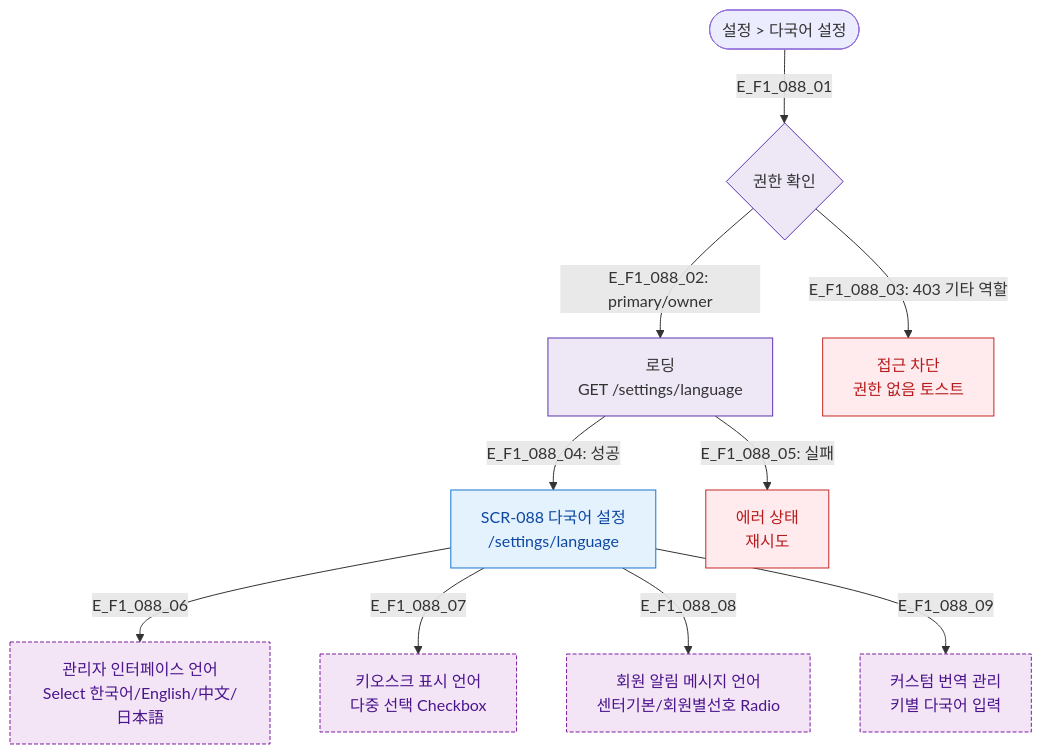
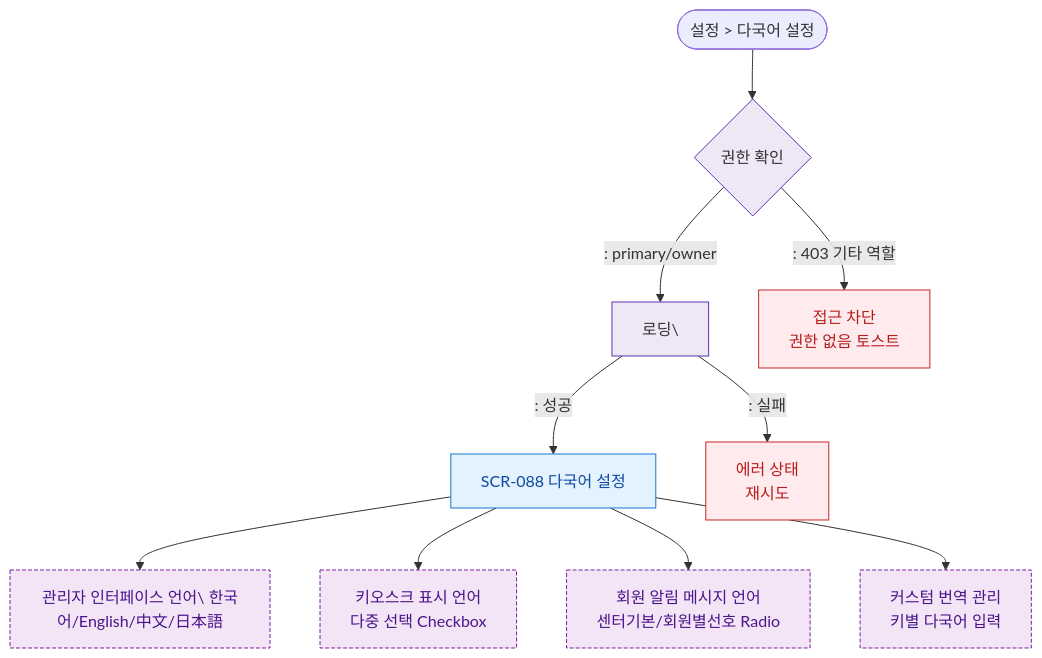
One commit to dev-spogym/admin-pando changed the diagram in docs/다이어그램/D09_설정관리/SCR-088_다국어설정/F1_진입.md. Above: the diagram before and after it, drawn with Mermaid. The commit also changed other lines of this file and 1660 other files, not shown here.

First line of the commit message:
다이어그램: 기획자/클라이언트 납품본으로 정리

````diff
--- a/docs/다이어그램/D09_설정관리/SCR-088_다국어설정/F1_진입.md
+++ b/docs/다이어그램/D09_설정관리/SCR-088_다국어설정/F1_진입.md
@@ -14,23 +12,23 @@
 ```mermaid
 flowchart TD
-    Sidebar([설정 > 다국어 설정]) -->|E_F1_088_01| Auth{권한 확인}
-    Auth -->|"E_F1_088_02: primary/owner"| Loading[로딩\nGET /settings/language]
-    Auth -->|"E_F1_088_03: 403 기타 역할"| Blocked[접근 차단\n권한 없음 토스트]
+    Sidebar([설정 > 다국어 설정]) --> Auth{권한 확인}
+    Auth -->|": primary/owner"|Loading[로딩\]
+    Auth -->|": 403 기타 역할"|Blocked[접근 차단\n권한 없음 토스트]
 
-    Loading -->|"E_F1_088_04: 성공"| SCR088[SCR-088 다국어 설정\n/settings/language]
-    Loading -->|"E_F1_088_05: 실패"| ErrorState[에러 상태\n재시도]
+    Loading -->|": 성공"|SCR088[SCR-088 다국어 설정\n]
+    Loading -->|": 실패"|ErrorState[에러 상태\n재시도]
 
-    SCR088 -->|E_F1_088_06| AdminLang[관리자 인터페이스 언어\nSelect 한국어/English/中文/日本語]
-    SCR088 -->|E_F1_088_07| KioskLang[키오스크 표시 언어\n다중 선택 Checkbox]
-    SCR088 -->|E_F1_088_08| NotifyLang[회원 알림 메시지 언어\n센터기본/회원별선호 Radio]
-    SCR088 -->|E_F1_088_09| TranslationTable[커스텀 번역 관리\n키별 다국어 입력]
+    SCR088 --> AdminLang[관리자 인터페이스 언어\ 한국어/English/中文/日本語]
+    SCR088 --> KioskLang[키오스크 표시 언어\n다중 선택 Checkbox]
+    SCR088 --> NotifyLang[회원 알림 메시지 언어\n센터기본/회원별선호 Radio]
+    SCR088 --> TranslationTable[커스텀 번역 관리\n키별 다국어 입력]
 
     classDef screen fill:#E3F2FD,stroke:#1976D2,color:#0D47A1
     classDef newFeature fill:#F3E5F5,stroke:#7B1FA2,color:#4A148C,stroke-dasharray:4 2
     classDef error fill:#FFEBEE,stroke:#C62828,color:#B71C1C
     classDef system fill:#EDE7F6,stroke:#5E35B2
     class SCR088 screen
     class AdminLang,KioskLang,NotifyLang,TranslationTable newFeature
     class ErrorState,Blocked error
     class Loading,Auth system
 ```
````
